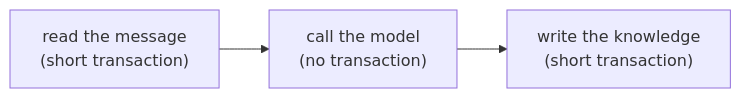
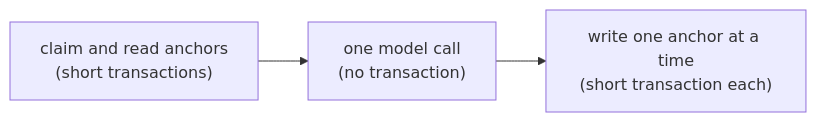
Before and after one commit to memhousehq/memhouse: the third of 3 diagrams in docs/concepts/ingest-pipeline.md, drawn with Mermaid. The commit also changed other lines of this file and 25 other files, not shown here.

````diff
--- a/docs/concepts/ingest-pipeline.md
+++ b/docs/concepts/ingest-pipeline.md
@@ -79,5 +104,5 @@
 ```mermaid
 flowchart LR
-    R["read the message<br/>(short transaction)"] --> M["call the model<br/>(no transaction)"]
-    M --> W["write the knowledge<br/>(short transaction)"]
+    R["claim and read anchors<br/>(short transactions)"] --> M["one model call<br/>(no transaction)"]
+    M --> W["write one anchor at a time<br/>(short transaction each)"]
 ```
````
